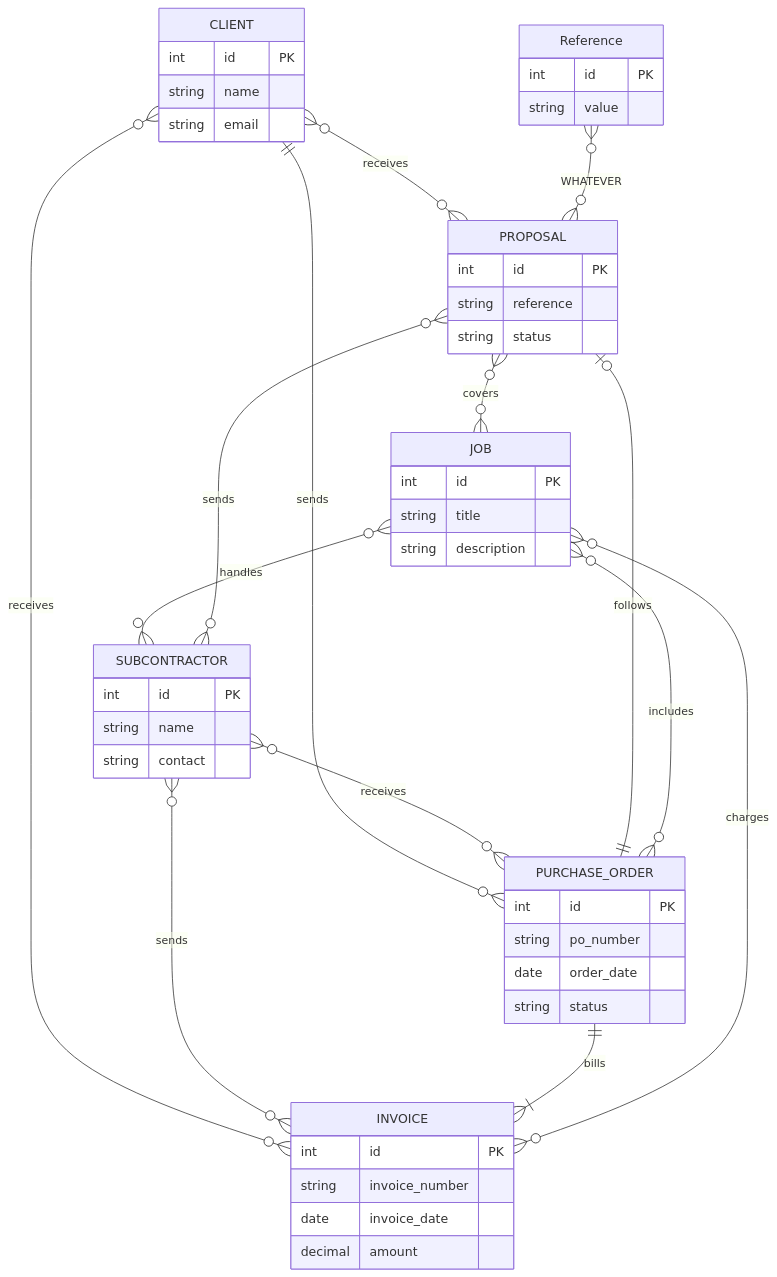
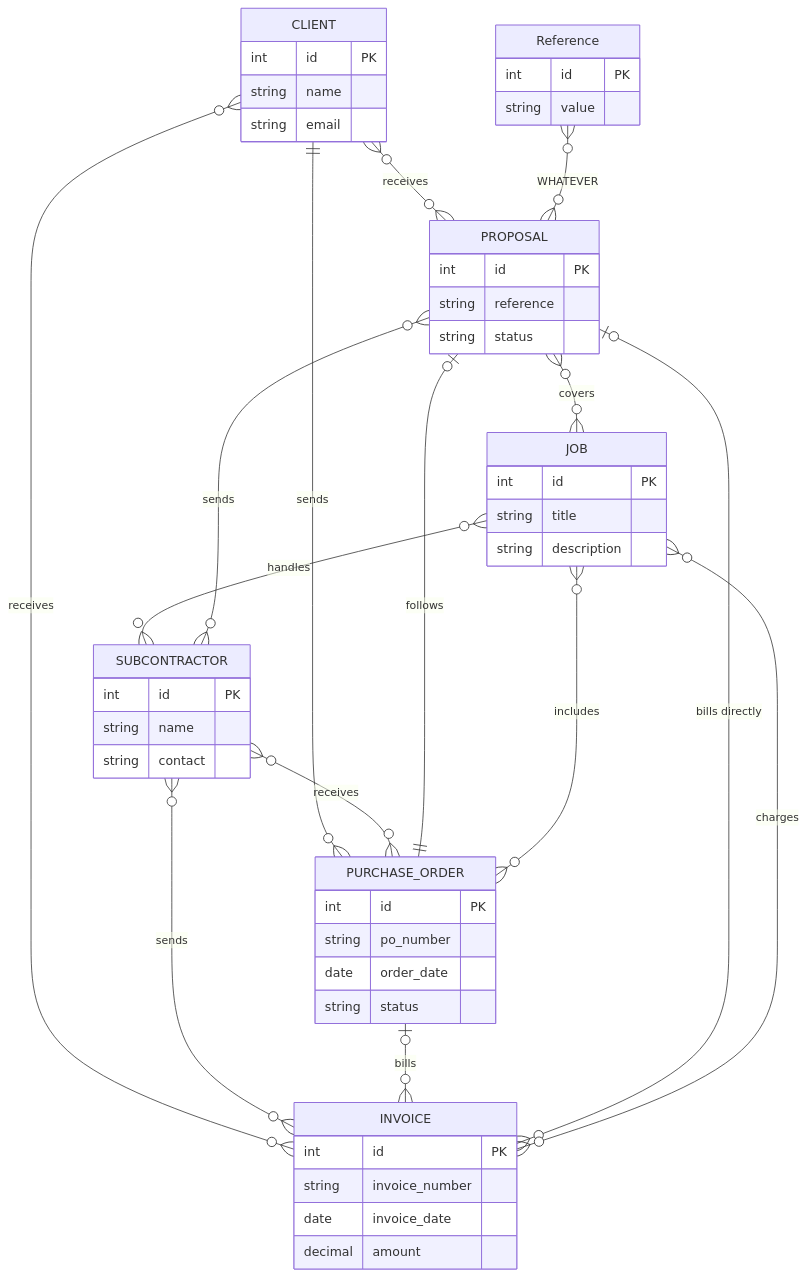
One commit to MedEssalemy/bookkeeping-isp changed the diagram in docs/erd_bidirectional.md. Above: the diagram before and after it, drawn with Mermaid. The commit also changed 6 other files, not shown here.

First line of the commit message:
Allow invoices to stand alone or bill a proposal directly

```diff
--- a/docs/erd_bidirectional.md
+++ b/docs/erd_bidirectional.md
@@ -1,67 +1,71 @@
 ::: mermaid
 erDiagram
 
     CLIENT {
         int id PK
         string name
         string email
     }
 
     SUBCONTRACTOR {
         int id PK
         string name
         string contact
     }
 
     PROPOSAL {
         int id PK
         string reference
         string status
     }
 
     PURCHASE_ORDER {
         int id PK
         string po_number
         date order_date
         string status
     }
 
     INVOICE {
         int id PK
         string invoice_number
         date invoice_date
         decimal amount
     }
 
     JOB {
         int id PK
         string title
         string description
     }
 
     Reference {
         int id PK
         string value
     }
 
     CLIENT }o--o{ PROPOSAL : "receives"
     CLIENT ||--o{ PURCHASE_ORDER : "sends"
     CLIENT }o--o{ INVOICE : "receives"
 
     SUBCONTRACTOR }o--o{ PROPOSAL : "sends"
     SUBCONTRACTOR }o--o{ PURCHASE_ORDER : "receives"
     SUBCONTRACTOR }o--o{ INVOICE : "sends"
 
     PURCHASE_ORDER ||--o| PROPOSAL : "follows"
-    PURCHASE_ORDER ||--|{ INVOICE : "bills"
+    %% Relaxed from mandatory (||--|{) to optional (|o--o{): an invoice can
+    %% stand alone, or bill a proposal directly instead of going through a PO.
+    PURCHASE_ORDER |o--o{ INVOICE : "bills"
     PURCHASE_ORDER }o--o{ JOB : "includes"
 
     PROPOSAL }o--o{ JOB : "covers"
-    
+    %% New: lets an invoice be raised straight off a proposal, no PO in between
+    PROPOSAL |o--o{ INVOICE : "bills directly"
+
     JOB }o--o{ SUBCONTRACTOR : "handles"
     %%Direct relationship in case there is no PO
     JOB }o--o{ INVOICE : "charges"
 
     %%MP only
     Reference }o--o{ PROPOSAL : WHATEVER
 :::
```
